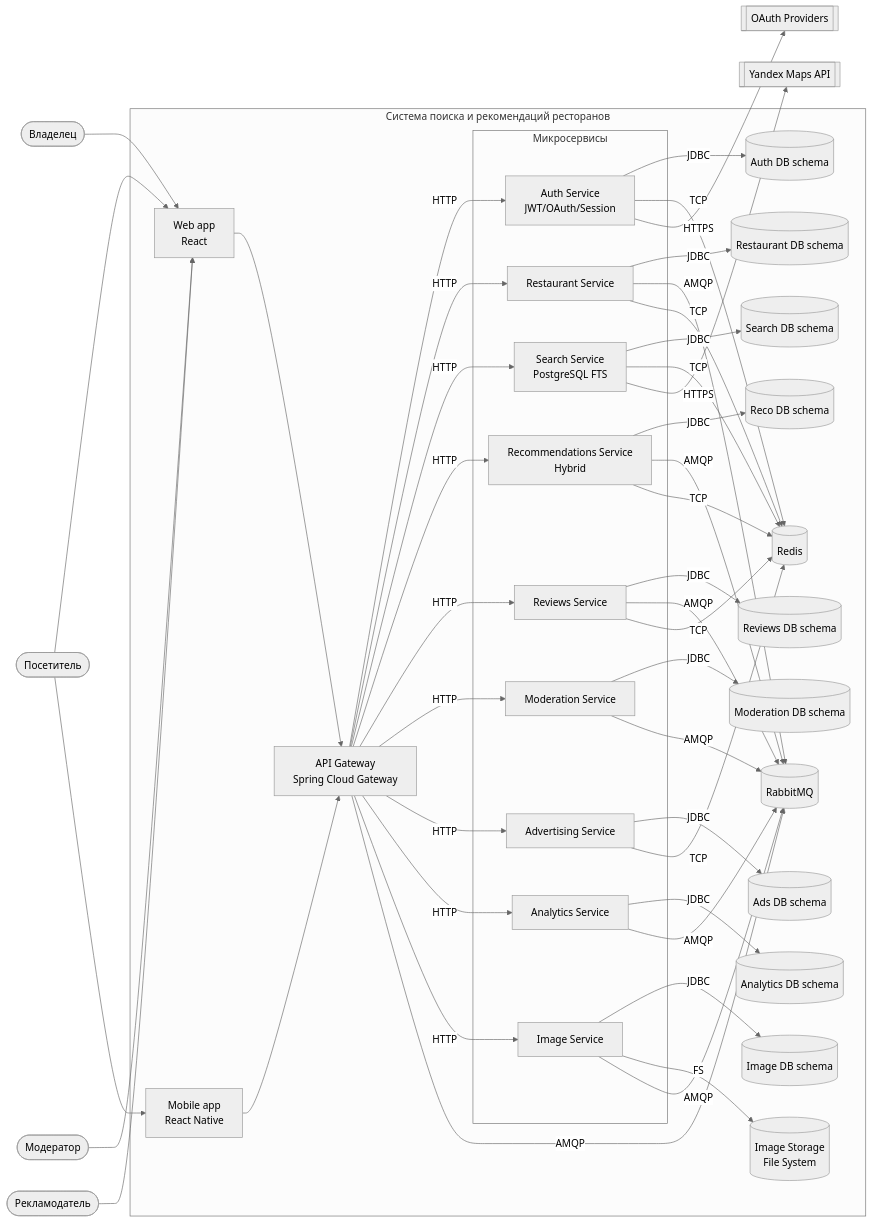
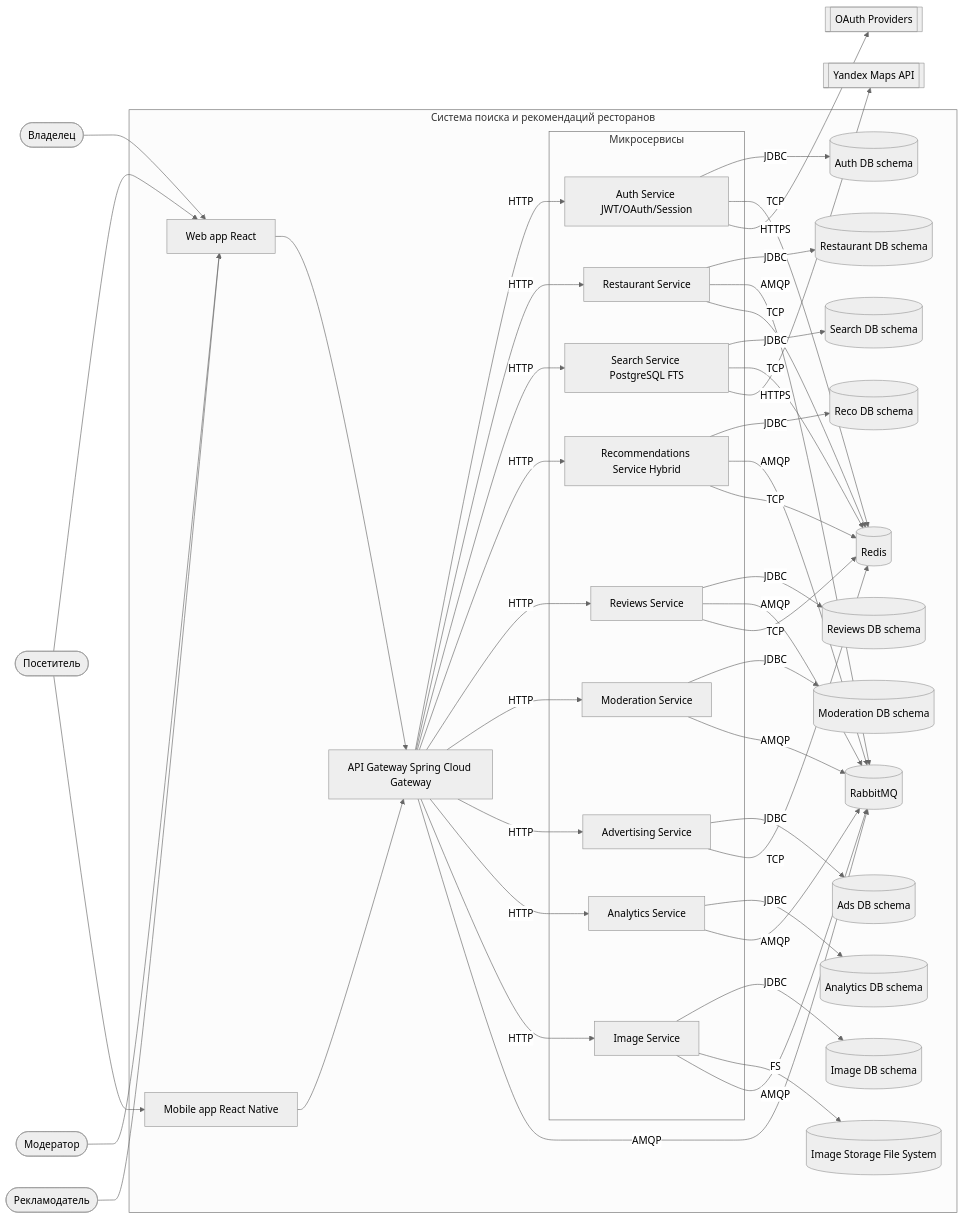
One commit to Cerber879/TRPO changed the diagram in 2. Технический проект/container.md. Above: the diagram before and after it, drawn with Mermaid (neutral theme).

Commit message:
mini update

```diff
--- a/2. Технический проект/container.md
+++ b/2. Технический проект/container.md
@@ -18,19 +18,19 @@
 
   %% System boundary
   subgraph SYS[Система поиска и рекомендаций ресторанов]
-    web[Web app\nReact]
-    mobile[Mobile app\nReact Native]
-    gw[API Gateway\nSpring Cloud Gateway]
+    web[Web app React]
+    mobile[Mobile app React Native]
+    gw[API Gateway Spring Cloud Gateway]
 
     rabbit[(RabbitMQ)]
     redis[(Redis)]
 
     %% Services grouped
     subgraph SVC[Микросервисы]
-      auth[Auth Service\nJWT/OAuth/Session]
+      auth[Auth Service JWT/OAuth/Session]
       rest[Restaurant Service]
-      search[Search Service\nPostgreSQL FTS]
-      reco[Recommendations Service\nHybrid]
+      search[Search Service PostgreSQL FTS]
+      reco[Recommendations Service Hybrid]
       reviews[Reviews Service]
       mod[Moderation Service]
       ads[Advertising Service]
@@ -48,7 +48,7 @@
     adsdb[(Ads DB schema)]
     analdb[(Analytics DB schema)]
     imgdb[(Image DB schema)]
-    fs[(Image Storage\nFile System)]
+    fs[(Image Storage File System)]
   end
 
   %% External systems
```
